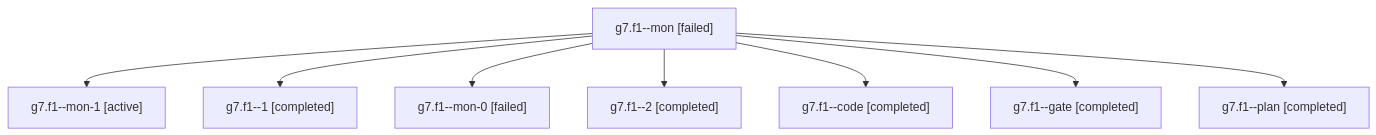
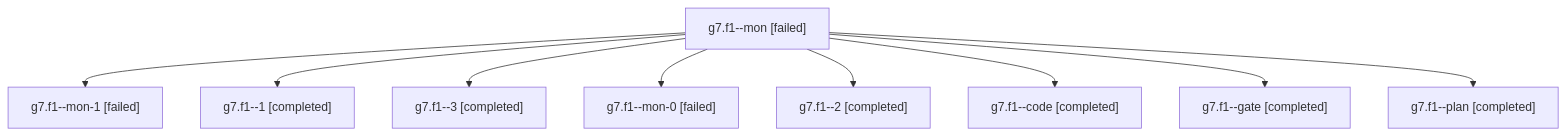
The diagram in sessions/bbugyi200.apollo.g7.f1.md (bobs-org/bob-cli--agents), drawn with Mermaid before and after one commit. The commit also changed other lines of this file and 19 other files, not shown here.

````diff
--- a/sessions/bbugyi200.apollo.g7.f1.md
+++ b/sessions/bbugyi200.apollo.g7.f1.md
@@ -9,18 +9,20 @@
 ```mermaid
 flowchart TD
   n0["g7.f1--mon [failed]"]
-  n1["g7.f1--mon-1 [active]"]
+  n1["g7.f1--mon-1 [failed]"]
   n0 --> n1
   n2["g7.f1--1 [completed]"]
   n0 --> n2
-  n3["g7.f1--mon-0 [failed]"]
+  n3["g7.f1--3 [completed]"]
   n0 --> n3
-  n4["g7.f1--2 [completed]"]
+  n4["g7.f1--mon-0 [failed]"]
   n0 --> n4
-  n5["g7.f1--code [completed]"]
+  n5["g7.f1--2 [completed]"]
   n0 --> n5
-  n6["g7.f1--gate [completed]"]
+  n6["g7.f1--code [completed]"]
   n0 --> n6
-  n7["g7.f1--plan [completed]"]
+  n7["g7.f1--gate [completed]"]
   n0 --> n7
+  n8["g7.f1--plan [completed]"]
+  n0 --> n8
 ```
````
